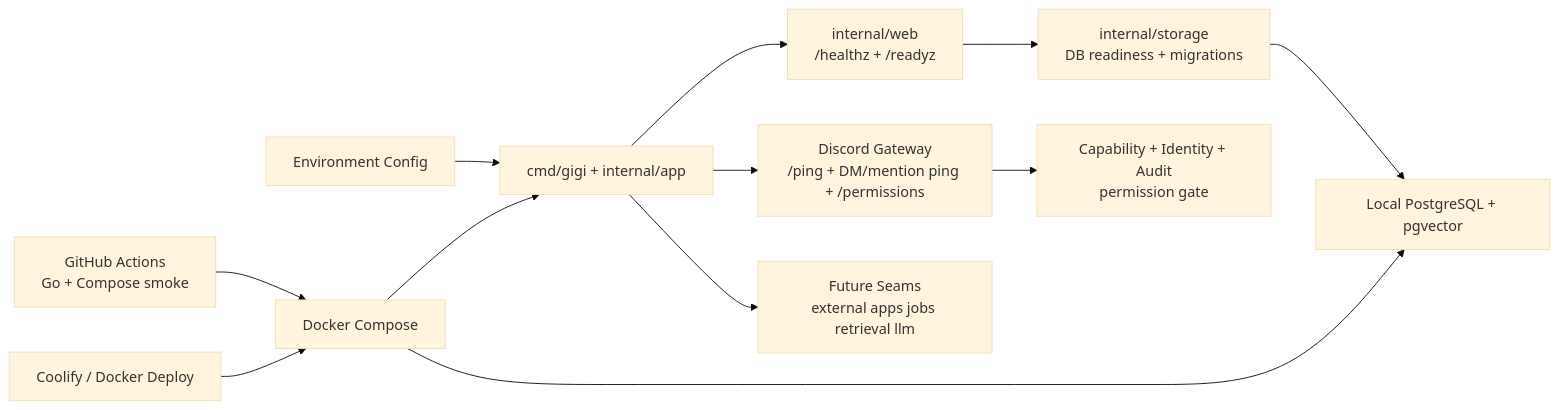
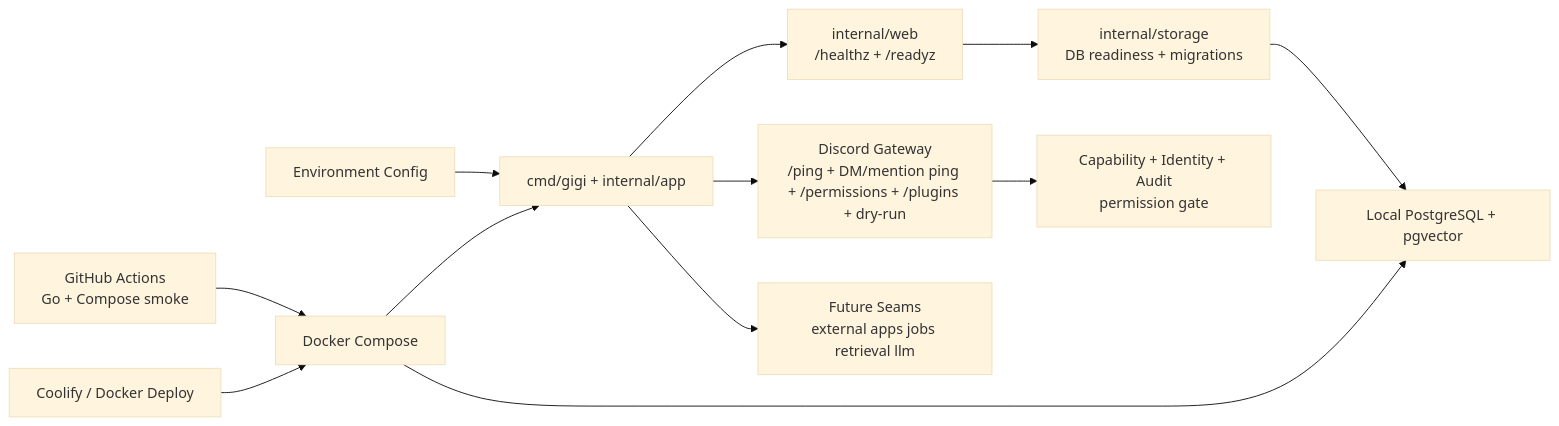
One commit to gOps132/GigiDC changed the diagram in docs/diagrams/system-overview.md. Above: the diagram before and after it, drawn with Mermaid (base theme). The commit also changed other lines of this file and 17 other files, not shown here.

Commit message:
feat: add external app dry-run matching

````diff
--- a/docs/diagrams/system-overview.md
+++ b/docs/diagrams/system-overview.md
@@ -10,26 +10,26 @@
 ```mermaid
 flowchart LR
   Env["Environment Config"]
   App["cmd/gigi + internal/app"]
   Web["internal/web<br/>/healthz + /readyz"]
   Ready["internal/storage<br/>DB readiness + migrations"]
   DB["Local PostgreSQL + pgvector"]
-  Discord["Discord Gateway<br/>/ping + DM/mention ping + /permissions"]
+  Discord["Discord Gateway<br/>/ping + DM/mention ping + /permissions + /plugins + dry-run"]
   Security["Capability + Identity + Audit<br/>permission gate"]
   Seams["Future Seams<br/>external apps jobs retrieval llm"]
   Compose["Docker Compose"]
   CI["GitHub Actions<br/>Go + Compose smoke"]
   Deploy["Coolify / Docker Deploy"]
 
   Env --> App
   App --> Web
   App --> Discord
   Discord --> Security
   Web --> Ready
   Ready --> DB
   App --> Seams
   Compose --> App
   Compose --> DB
   CI --> Compose
   Deploy --> Compose
 ```
````
